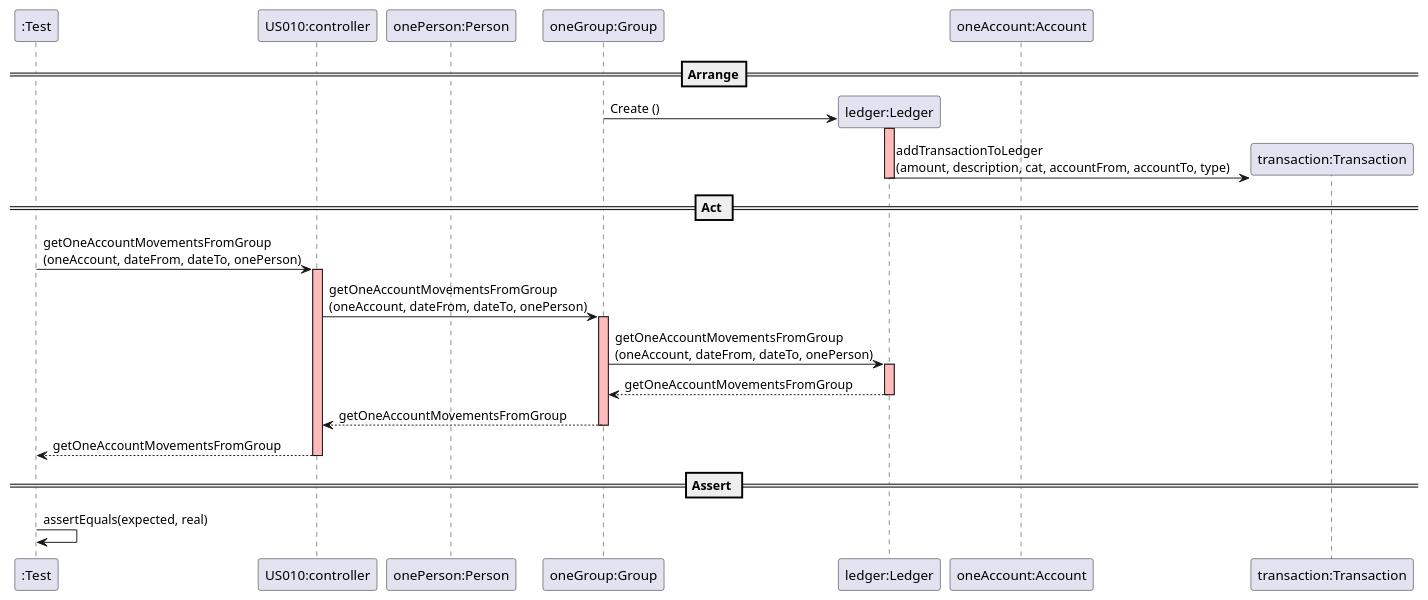
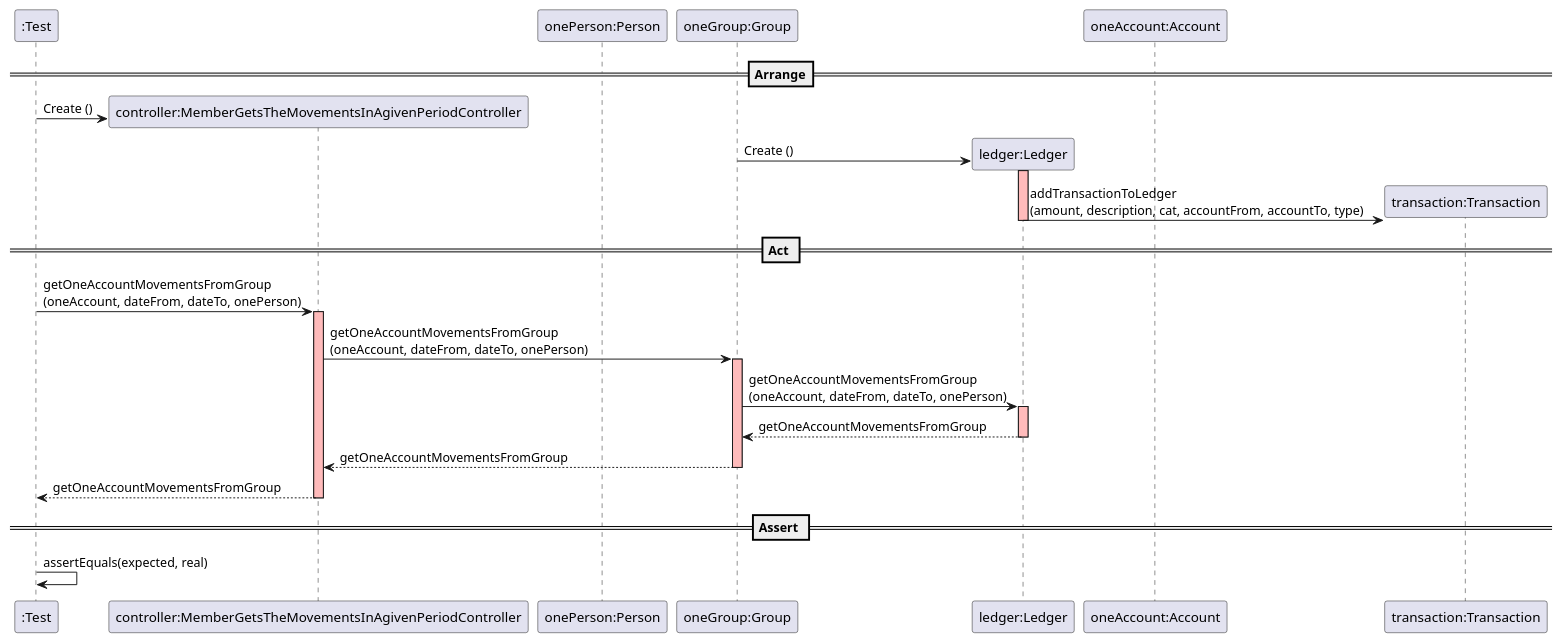
Before and after one commit to mleitaoribeiro/DevOpsMaven: the diagram in docs/SequenceDiagram - US010 .puml, drawn with PlantUML. The commit also changed 1 other file, not shown here.

Commit message:
ref #389: Changed Sequence Diagram - US010

```diff
--- a/docs/SequenceDiagram - US010 .puml
+++ b/docs/SequenceDiagram - US010 .puml
@@ -1,36 +1,37 @@
 @startuml
 create ":Test"
 
 ==Arrange==
 
-create "US010:controller"
+create "controller:MemberGetsTheMovementsInAgivenPeriodController"
+":Test" -> "controller:MemberGetsTheMovementsInAgivenPeriodController" : Create ()
 create "onePerson:Person"
 create "oneGroup:Group"
 create "ledger:Ledger"
 "oneGroup:Group" -> "ledger:Ledger" : Create ()
 activate "ledger:Ledger" #FFBBBB
 create "oneAccount:Account"
 create "transaction:Transaction"
 "ledger:Ledger" -> "transaction:Transaction" : addTransactionToLedger\n(amount, description, cat, accountFrom, accountTo, type)
 deactivate "ledger:Ledger" #FFBBBB
 
 == Act ==
 
-":Test" -> "US010:controller" : getOneAccountMovementsFromGroup\n(oneAccount, dateFrom, dateTo, onePerson)
-activate "US010:controller" #FFBBBB
-"US010:controller" -> "oneGroup:Group" : getOneAccountMovementsFromGroup\n(oneAccount, dateFrom, dateTo, onePerson)
+":Test" -> "controller:MemberGetsTheMovementsInAgivenPeriodController" : getOneAccountMovementsFromGroup\n(oneAccount, dateFrom, dateTo, onePerson)
+activate "controller:MemberGetsTheMovementsInAgivenPeriodController" #FFBBBB
+"controller:MemberGetsTheMovementsInAgivenPeriodController" -> "oneGroup:Group" : getOneAccountMovementsFromGroup\n(oneAccount, dateFrom, dateTo, onePerson)
 activate "oneGroup:Group" #FFBBBB
 "oneGroup:Group" -> "ledger:Ledger" : getOneAccountMovementsFromGroup\n(oneAccount, dateFrom, dateTo, onePerson)
 activate "ledger:Ledger" #FFBBBB
 "ledger:Ledger" --> "oneGroup:Group" : getOneAccountMovementsFromGroup
 deactivate "ledger:Ledger" #FFBBBB
-"oneGroup:Group" --> "US010:controller" : getOneAccountMovementsFromGroup
+"oneGroup:Group" --> "controller:MemberGetsTheMovementsInAgivenPeriodController" : getOneAccountMovementsFromGroup
 deactivate "oneGroup:Group" #FFBBBB
-"US010:controller" --> ":Test" : getOneAccountMovementsFromGroup
-deactivate "US010:controller" #FFBBBB
+"controller:MemberGetsTheMovementsInAgivenPeriodController" --> ":Test" : getOneAccountMovementsFromGroup
+deactivate "controller:MemberGetsTheMovementsInAgivenPeriodController" #FFBBBB
 
 == Assert ==
 
 ":Test" -> ":Test" : assertEquals(expected, real)
 
 @enduml
```
